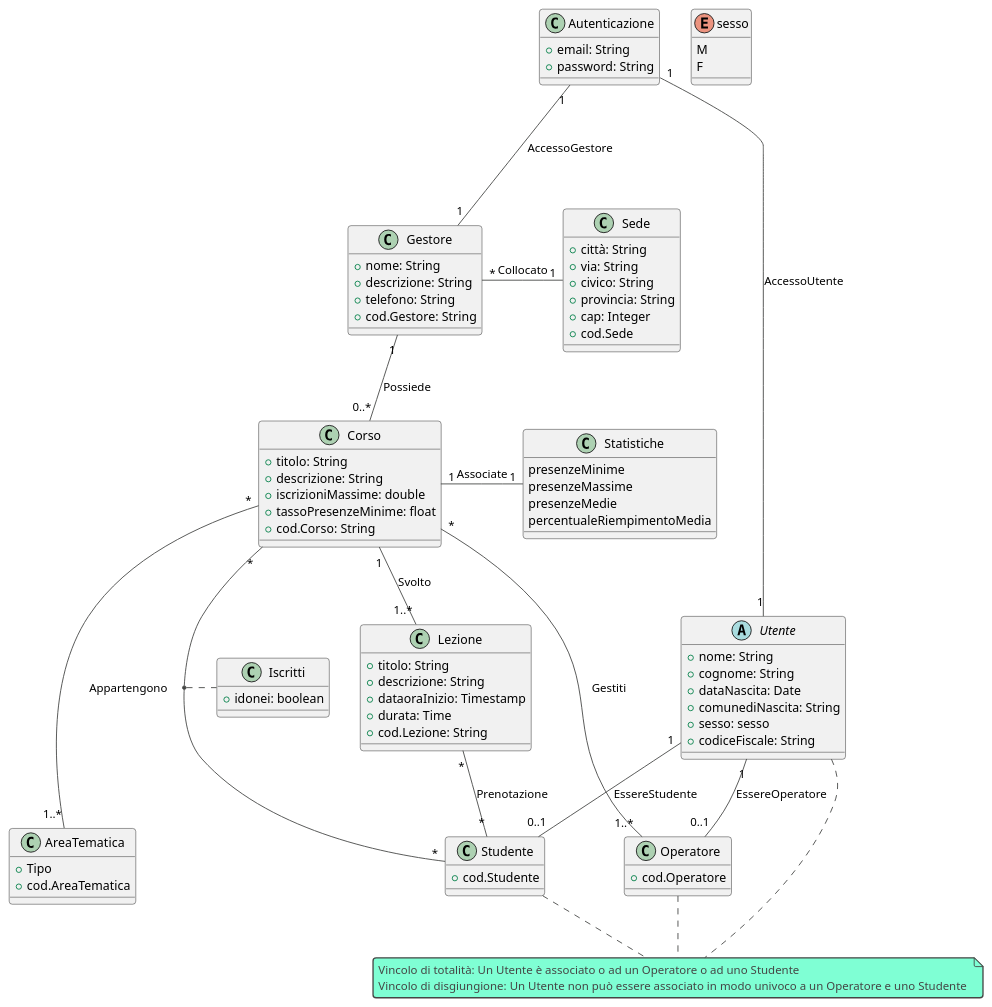
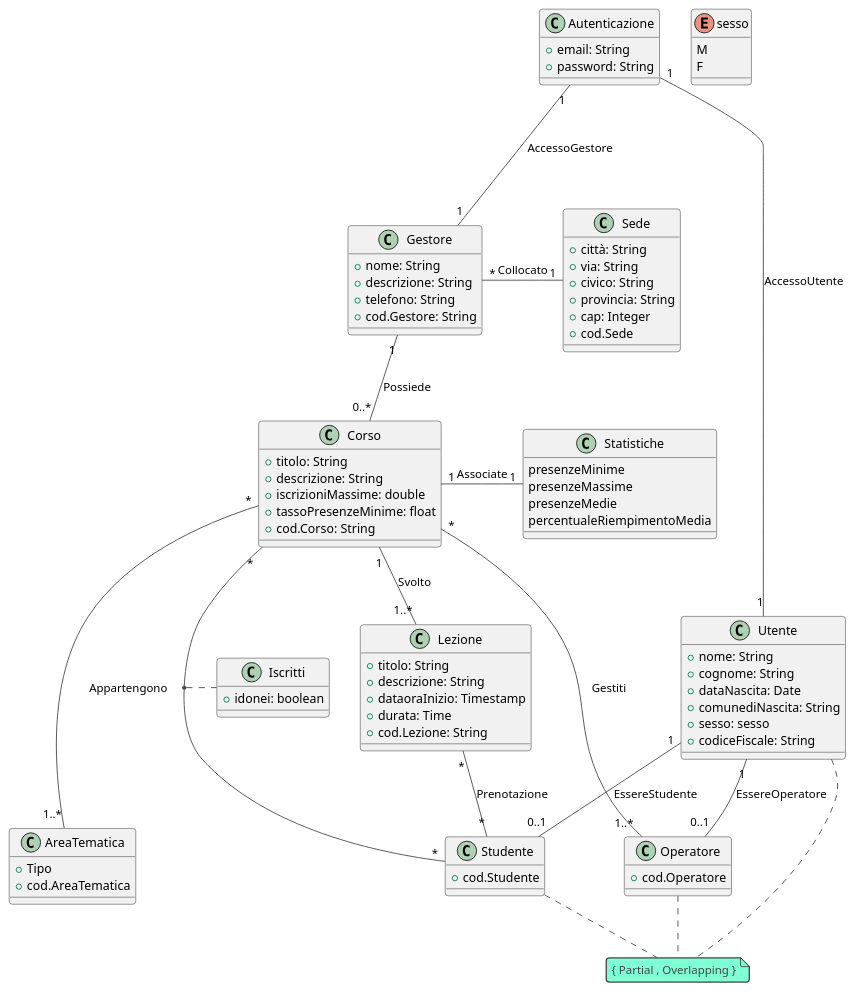
The diagram in UML Ristrutturato.puml (agostino-code/OO-BDI-Project), drawn with PlantUML before and after one commit. The commit also changed 1002 other files, not shown here.

```diff
--- a/UML Ristrutturato.puml
+++ b/UML Ristrutturato.puml
@@ -1,84 +1,84 @@
 @startuml
 'https://plantuml.com/class-diagram
 !theme vibrant
 class Autenticazione {
   +email: String
   +password: String
 }
 Autenticazione "1" -- "1" Utente:AccessoUtente
 Autenticazione "1" --- "1" Gestore:AccessoGestore
-abstract class Utente{
+class Utente{
   +nome: String
   +cognome: String
   +dataNascita: Date
   +comunediNascita: String
   +sesso: sesso
   +codiceFiscale: String
 }
-note "Vincolo di totalità: Un Utente è associato o ad un Operatore o ad uno Studente\nVincolo di disgiungione: Un Utente non può essere associato in modo univoco a un Operatore e uno Studente " as N1
+note "{ Partial , Overlapping }" as N1
 Utente ... N1
 Operatore .. N1
 Studente .. N1
 class Sede {
   +città: String
   +via: String
   +civico: String
   +provincia: String
   +cap: Integer
   +cod.Sede
 }
 class Gestore {
   +nome: String
   +descrizione: String
   +telefono: String
   +cod.Gestore: String
 }
 Gestore "*" - "1" Sede:Collocato
 class Operatore{
   +cod.Operatore
 }
 class Studente{
   +cod.Studente
 }
 enum sesso{
 M
 F
 }
 Utente "1" -- "0..1" Operatore:EssereOperatore
 Utente "1" -- "0..1" Studente:EssereStudente
 Gestore "1" -- "0..*" Corso:Possiede
 Corso "*" -- "*" Studente
 Corso "*" - "1..*" Operatore:Gestiti
 class Corso{
   +titolo: String
   +descrizione: String
   +iscrizioniMassime: double
   +tassoPresenzeMinime: float
   +cod.Corso: String
 }
 class AreaTematica{
   +Tipo
   +cod.AreaTematica
 }
 Corso "*" --- "1..*" AreaTematica:Appartengono
 class Lezione{
   +titolo: String
   +descrizione: String
   +dataoraInizio: Timestamp
   +durata: Time
   +cod.Lezione: String
 }
 Corso "1" -- "1..*" Lezione:Svolto
 (Corso, Studente) .. Iscritti
 Lezione "*" -- "*" Studente:Prenotazione
 class Iscritti{
 +idonei: boolean
 }
 class Statistiche{
   presenzeMinime
   presenzeMassime
   presenzeMedie
   percentualeRiempimentoMedia
 }
 Corso "1" - "1" Statistiche:Associate
 @enduml
```
